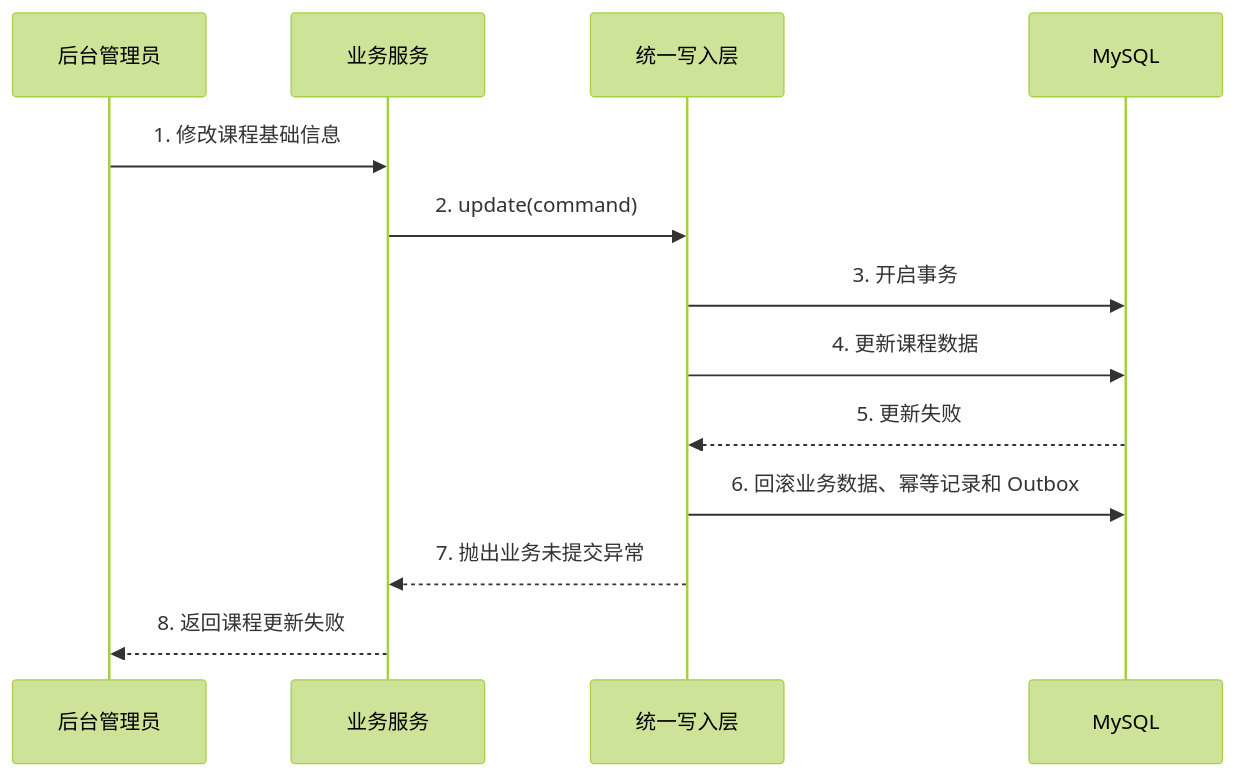
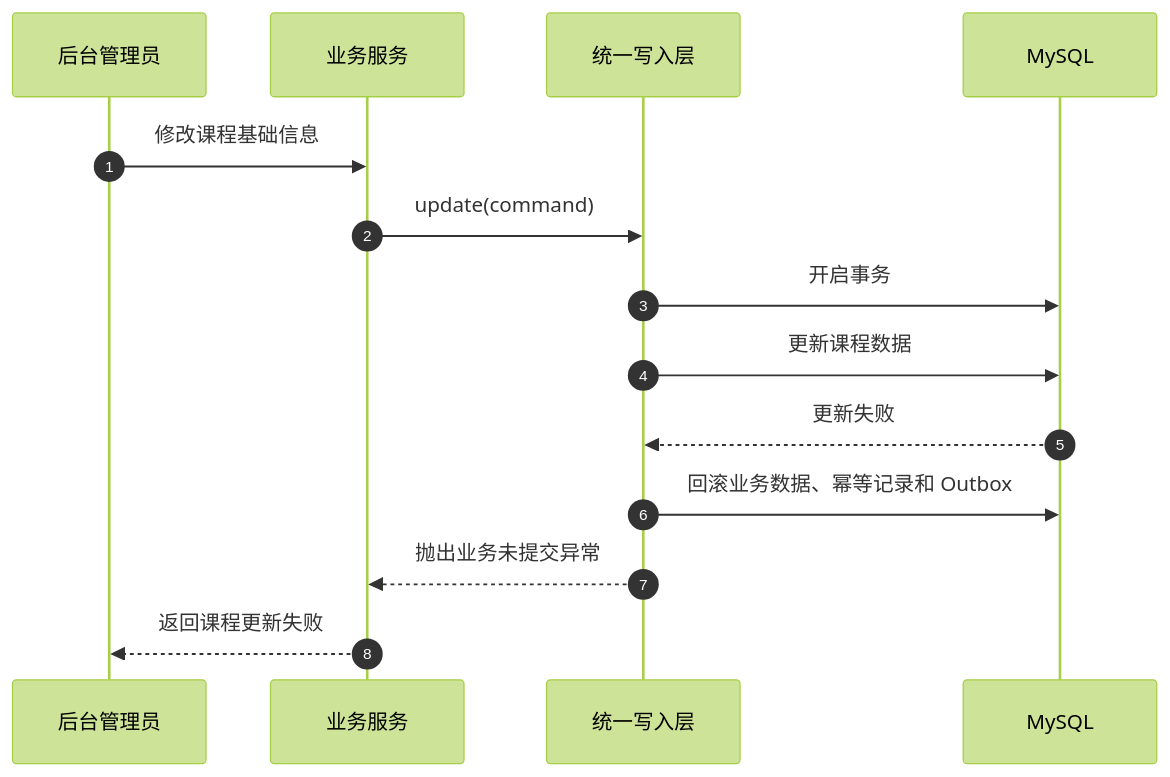
Diagram 18 of 27 in docs/redis/126-redis-4种缓存模式-分享版-极简版.md (zdl20251023-pixel/agent-frame), drawn with Mermaid (forest theme) before and after one commit. The commit also changed other lines of this file, not shown here.

````diff
--- a/docs/redis/126-redis-4种缓存模式-分享版-极简版.md
+++ b/docs/redis/126-redis-4种缓存模式-分享版-极简版.md
@@ -791,18 +808,19 @@
 ```mermaid
 sequenceDiagram
+    autonumber
     participant Admin as 后台管理员
     participant Service as 业务服务
     participant Store as 统一写入层
     participant MySQL as MySQL
 
-    Admin->>Service: 1. 修改课程基础信息
-    Service->>Store: 2. update(command)
+    Admin->>Service: 修改课程基础信息
+    Service->>Store: update(command)
 
-    Store->>MySQL: 3. 开启事务
-    Store->>MySQL: 4. 更新课程数据
-    MySQL-->>Store: 5. 更新失败
+    Store->>MySQL: 开启事务
+    Store->>MySQL: 更新课程数据
+    MySQL-->>Store: 更新失败
 
-    Store->>MySQL: 6. 回滚业务数据、幂等记录和 Outbox
-    Store-->>Service: 7. 抛出业务未提交异常
-    Service-->>Admin: 8. 返回课程更新失败
+    Store->>MySQL: 回滚业务数据、幂等记录和 Outbox
+    Store-->>Service: 抛出业务未提交异常
+    Service-->>Admin: 返回课程更新失败
 ```
````
